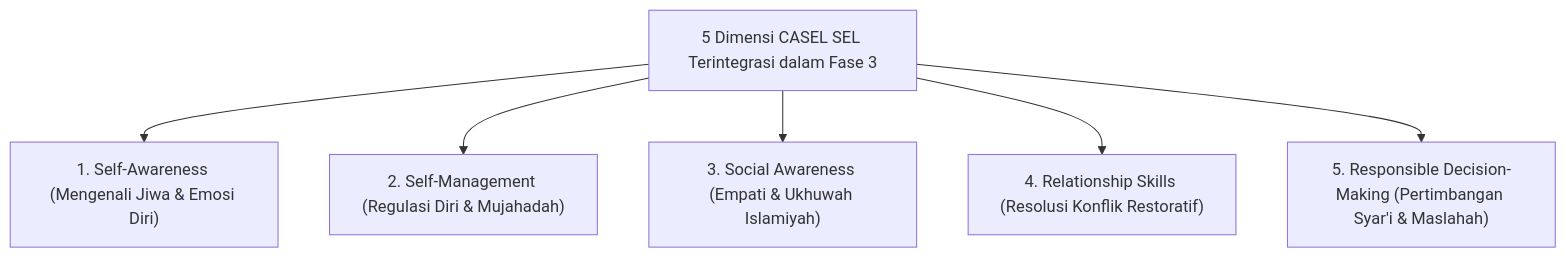
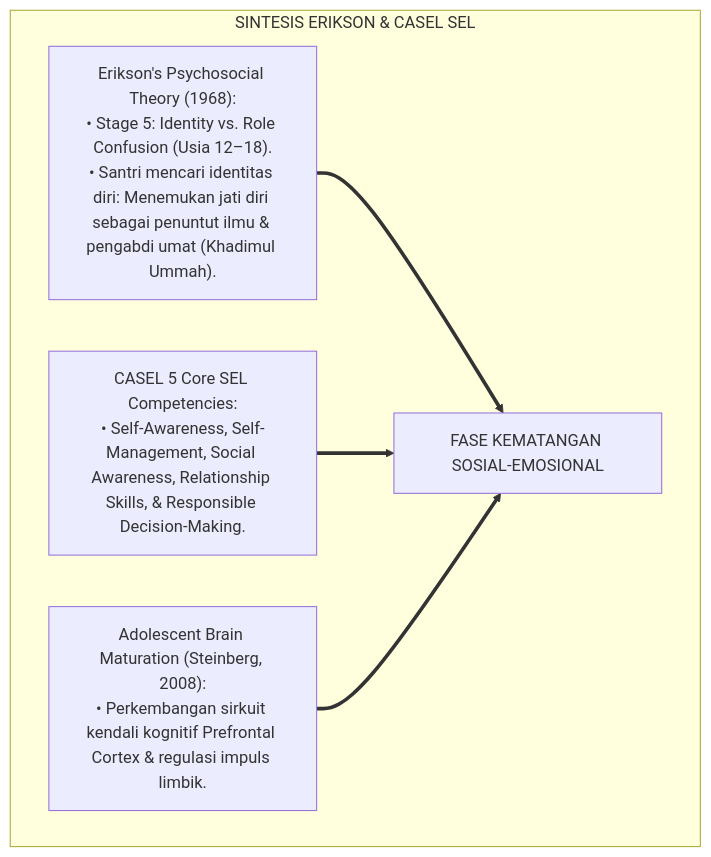
One commit to wandiapriliyandi/tumbuh changed the third of 7 diagrams in 04 Progression Framework/01 Development Stages/P4-01-03-Fase-Kematangan-Sosial-Emosional.md. Above: the diagram before and after it, drawn with Mermaid. The commit also changed other lines of this file and 6 other files, not shown here.

````diff
--- a/04 Progression Framework/01 Development Stages/P4-01-03-Fase-Kematangan-Sosial-Emosional.md
+++ b/04 Progression Framework/01 Development Stages/P4-01-03-Fase-Kematangan-Sosial-Emosional.md
@@ -14,9 +103,12 @@
 ```mermaid
-graph TD
-    SEL["5 Dimensi CASEL SEL Terintegrasi dalam Fase 3"]
-    SEL --> SA["1. Self-Awareness (Mengenali Jiwa & Emosi Diri)"]
-    SEL --> SM["2. Self-Management (Regulasi Diri & Mujahadah)"]
-    SEL --> SocA["3. Social Awareness (Empati & Ukhuwah Islamiyah)"]
-    SEL --> RS["4. Relationship Skills (Resolusi Konflik Restoratif)"]
-    SEL --> RDM["5. Responsible Decision-Making (Pertimbangan Syar'i & Maslahah)"]
+flowchart TD
+    subgraph SainsPerkembanganSosialRemaja["SINTESIS ERIKSON & CASEL SEL"]
+        EriksonModel["Erikson's Psychosocial Theory (1968):<br/>• Stage 5: Identity vs. Role Confusion (Usia 12–18).<br/>• Santri mencari identitas diri: Menemukan jati diri sebagai penuntut ilmu & pengabdi umat (Khadimul Ummah)."]
+        
+        CASELFramework["CASEL 5 Core SEL Competencies:<br/>• Self-Awareness, Self-Management, Social Awareness, Relationship Skills, & Responsible Decision-Making."]
+        
+        NeuroscienceAdolescence["Adolescent Brain Maturation (Steinberg, 2008):<br/>• Perkembangan sirkuit kendali kognitif Prefrontal Cortex & regulasi impuls limbik."]
+        
+        EriksonModel & CASELFramework & NeuroscienceAdolescence ==> StandarFaseJ3["FASE KEMATANGAN SOSIAL-EMOSIONAL"]
+    end
 ```
````
